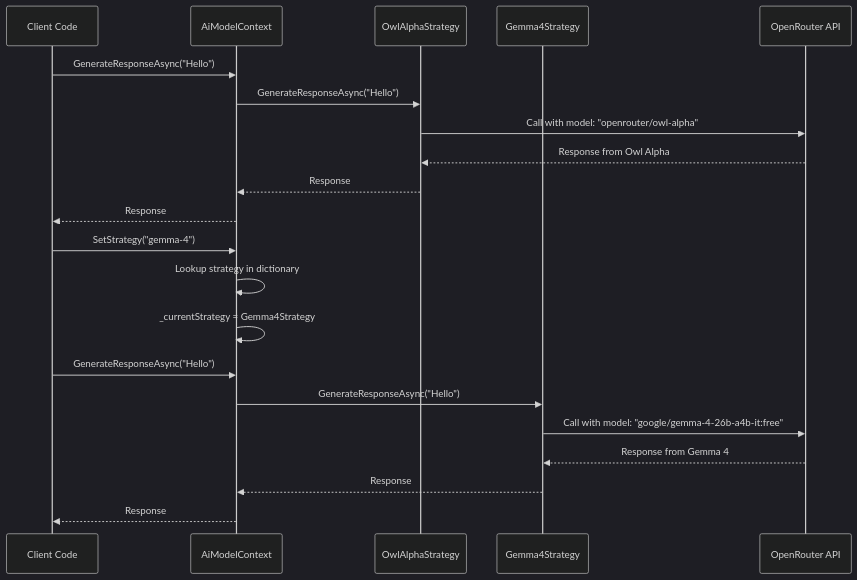
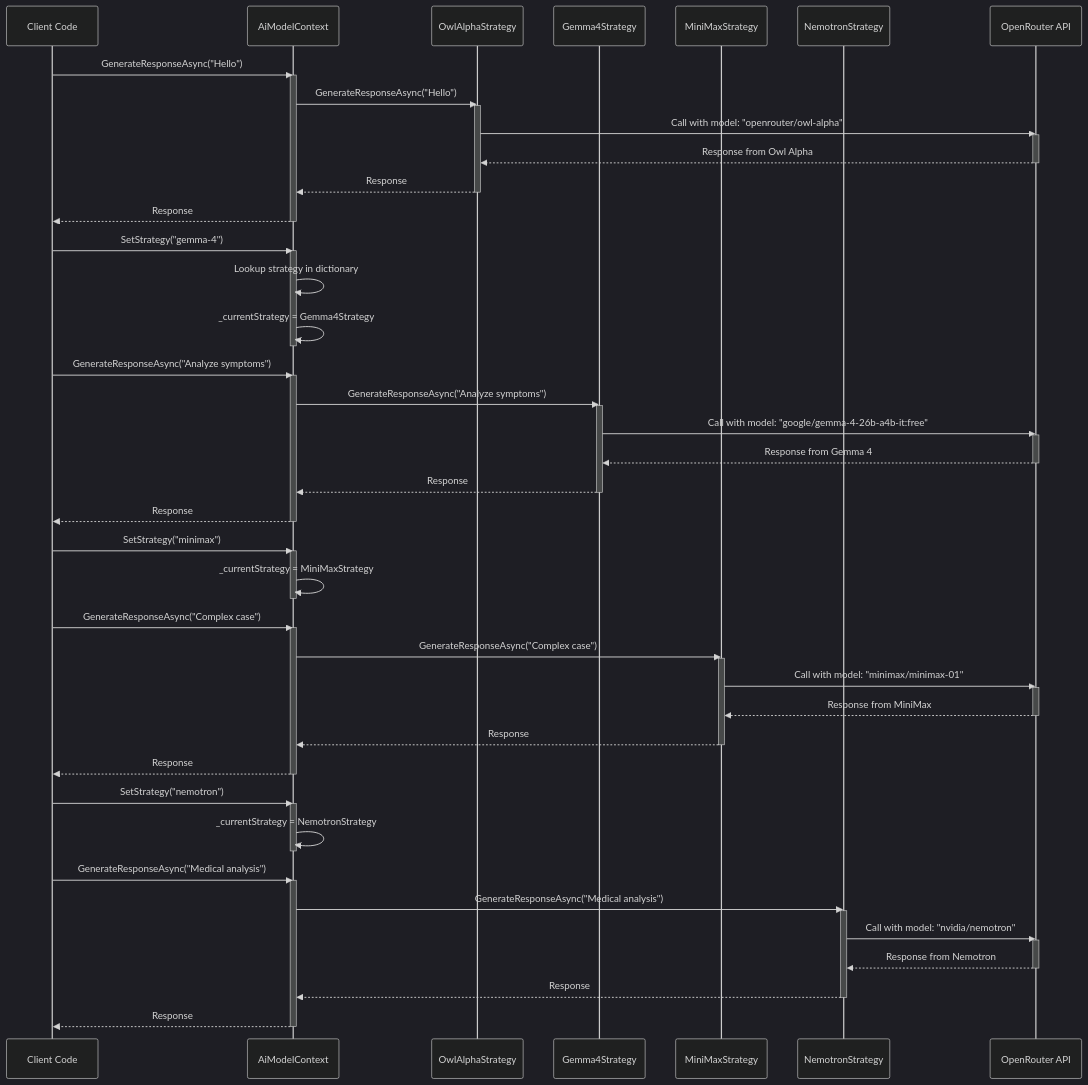
Before and after one commit to WeiXuan-C/ai-clinic: the ninth of 12 diagrams in DESIGN_PATTERNS_PROFESSIONAL.md, drawn with Mermaid (dark theme). The commit also changed other lines of this file and 17 other files, not shown here.

````diff
--- a/DESIGN_PATTERNS_PROFESSIONAL.md
+++ b/DESIGN_PATTERNS_PROFESSIONAL.md
@@ -1320,26 +1378,78 @@
 ```mermaid
 sequenceDiagram
     participant Client as Client Code
     participant Context as AiModelContext
-    participant OldStrategy as OwlAlphaStrategy
-    participant NewStrategy as Gemma4Strategy
+    participant Strategy1 as OwlAlphaStrategy
+    participant Strategy2 as Gemma4Strategy
+    participant Strategy3 as MiniMaxStrategy
+    participant Strategy4 as NemotronStrategy
     participant API as OpenRouter API
     
     Client->>Context: GenerateResponseAsync("Hello")
-    Context->>OldStrategy: GenerateResponseAsync("Hello")
-    OldStrategy->>API: Call with model: "openrouter/owl-alpha"
-    API-->>OldStrategy: Response from Owl Alpha
-    OldStrategy-->>Context: Response
+    activate Context
+    Context->>Strategy1: GenerateResponseAsync("Hello")
+    activate Strategy1
+    Strategy1->>API: Call with model: "openrouter/owl-alpha"
+    activate API
+    API-->>Strategy1: Response from Owl Alpha
+    deactivate API
+    Strategy1-->>Context: Response
+    deactivate Strategy1
     Context-->>Client: Response
+    deactivate Context
     
     Client->>Context: SetStrategy("gemma-4")
+    activate Context
     Context->>Context: Lookup strategy in dictionary
     Context->>Context: _currentStrategy = Gemma4Strategy
+    deactivate Context
     
-    Client->>Context: GenerateResponseAsync("Hello")
-    Context->>NewStrategy: GenerateResponseAsync("Hello")
-    NewStrategy->>API: Call with model: "google/gemma-4-26b-a4b-it:free"
-    API-->>NewStrategy: Response from Gemma 4
-    NewStrategy-->>Context: Response
+    Client->>Context: GenerateResponseAsync("Analyze symptoms")
+    activate Context
+    Context->>Strategy2: GenerateResponseAsync("Analyze symptoms")
+    activate Strategy2
+    Strategy2->>API: Call with model: "google/gemma-4-26b-a4b-it:free"
+    activate API
+    API-->>Strategy2: Response from Gemma 4
+    deactivate API
+    Strategy2-->>Context: Response
+    deactivate Strategy2
     Context-->>Client: Response
+    deactivate Context
+    
+    Client->>Context: SetStrategy("minimax")
+    activate Context
+    Context->>Context: _currentStrategy = MiniMaxStrategy
+    deactivate Context
+    
+    Client->>Context: GenerateResponseAsync("Complex case")
+    activate Context
+    Context->>Strategy3: GenerateResponseAsync("Complex case")
+    activate Strategy3
+    Strategy3->>API: Call with model: "minimax/minimax-01"
+    activate API
+    API-->>Strategy3: Response from MiniMax
+    deactivate API
+    Strategy3-->>Context: Response
+    deactivate Strategy3
+    Context-->>Client: Response
+    deactivate Context
+    
+    Client->>Context: SetStrategy("nemotron")
+    activate Context
+    Context->>Context: _currentStrategy = NemotronStrategy
+    deactivate Context
+    
+    Client->>Context: GenerateResponseAsync("Medical analysis")
+    activate Context
+    Context->>Strategy4: GenerateResponseAsync("Medical analysis")
+    activate Strategy4
+    Strategy4->>API: Call with model: "nvidia/nemotron"
+    activate API
+    API-->>Strategy4: Response from Nemotron
+    deactivate API
+    Strategy4-->>Context: Response
+    deactivate Strategy4
+    Context-->>Client: Response
+    deactivate Context
 ```
````
